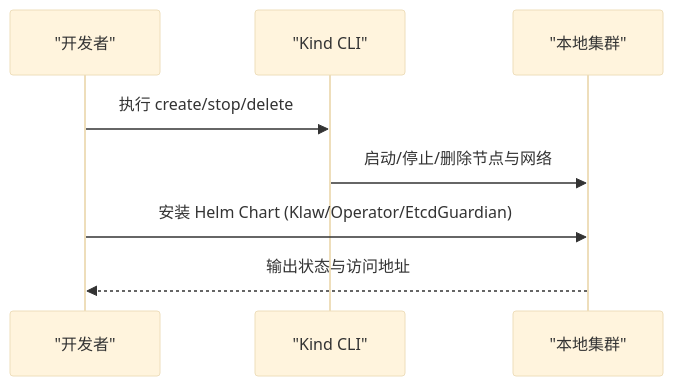
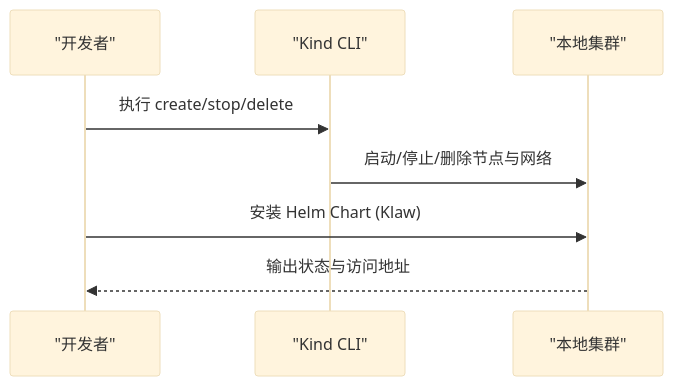
Before and after one commit to kudig-io/klaw: the fourth of 5 diagrams in .qoder/repowiki/zh/content/安装部署/Kubernetes集群部署/Kubernetes集群部署.md, drawn with Mermaid (base theme). The commit also changed other lines of this file and 336 other files, not shown here.

````diff
--- a/.qoder/repowiki/zh/content/安装部署/Kubernetes集群部署/Kubernetes集群部署.md
+++ b/.qoder/repowiki/zh/content/安装部署/Kubernetes集群部署/Kubernetes集群部署.md
@@ -204,10 +252,10 @@
 ```mermaid
 sequenceDiagram
 participant Dev as "开发者"
 participant Kind as "Kind CLI"
 participant K8s as "本地集群"
 Dev->>Kind : 执行 create/stop/delete
 Kind->>K8s : 启动/停止/删除节点与网络
-Dev->>K8s : 安装 Helm Chart (Klaw/Operator/EtcdGuardian)
+Dev->>K8s : 安装 Helm Chart (Klaw)
 K8s-->>Dev : 输出状态与访问地址
 ```
````
